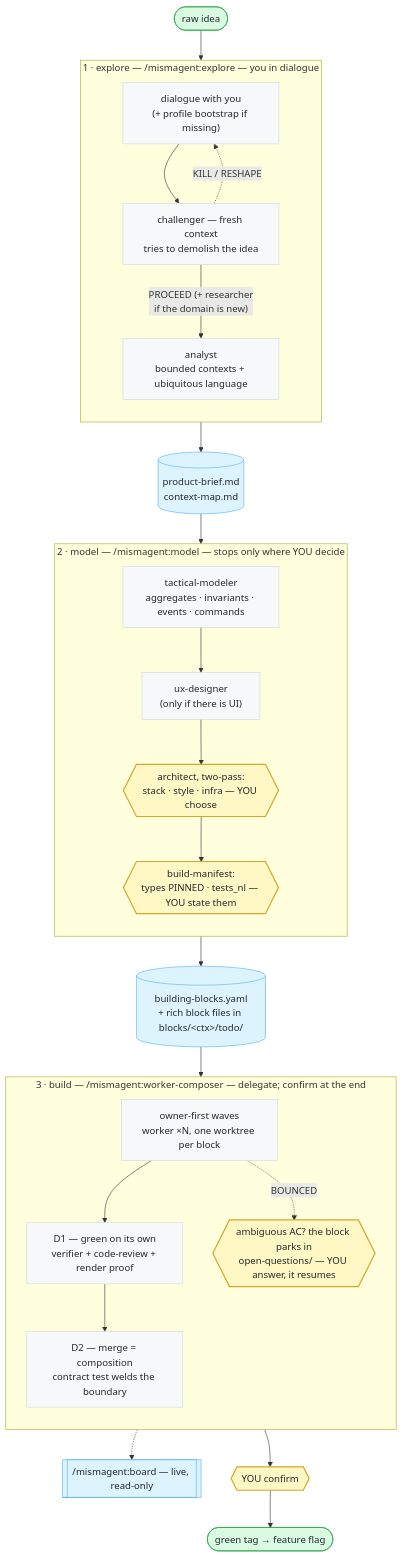
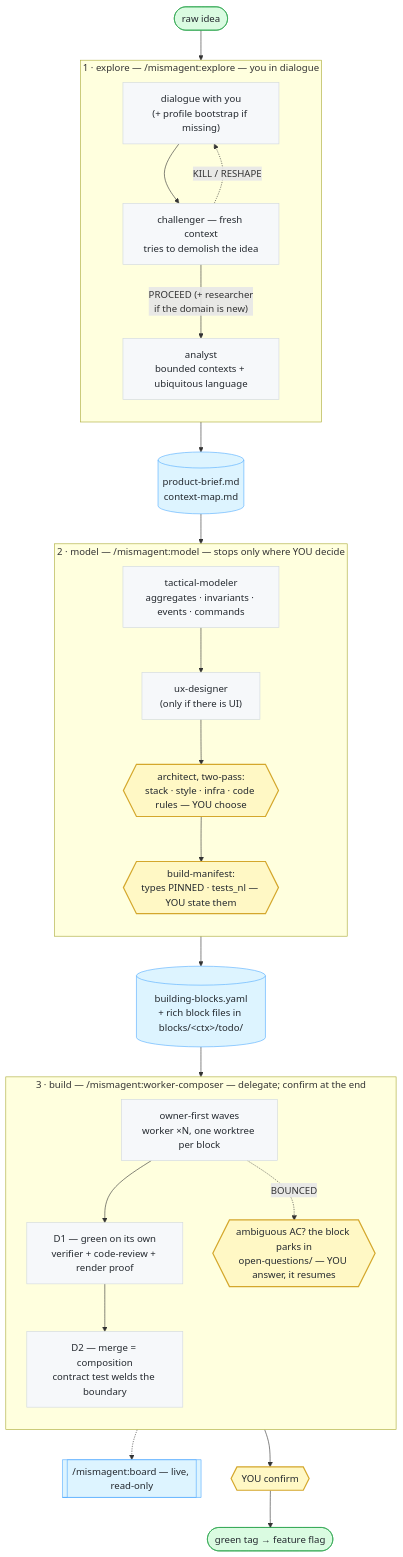
Before and after one commit to lucolucus/mismagent: the diagram in README.md, drawn with Mermaid. The commit also changed other lines of this file and 22 other files, not shown here.

````diff
--- a/README.md
+++ b/README.md
@@ -20,52 +20,52 @@
 ```mermaid
 flowchart TD
     idea([raw idea]) --> EX
 
     subgraph EX["1 · explore — /mismagent:explore — you in dialogue"]
         direction TB
         dlg["dialogue with you<br/>(+ profile bootstrap if missing)"]
         chal["challenger — fresh context<br/>tries to demolish the idea"]
         ana["analyst<br/>bounded contexts + ubiquitous language"]
         dlg --> chal
         chal -. "KILL / RESHAPE" .-> dlg
         chal -- "PROCEED (+ researcher<br/>if the domain is new)" --> ana
     end
 
     ana --> exOut[("product-brief.md<br/>context-map.md")]
     exOut --> MO
 
     subgraph MO["2 · model — /mismagent:model — stops only where YOU decide"]
         direction TB
         tact["tactical-modeler<br/>aggregates · invariants · events · commands"]
         ux["ux-designer<br/>(only if there is UI)"]
-        arch{{"architect, two-pass:<br/>stack · style · infra — YOU choose"}}
+        arch{{"architect, two-pass:<br/>stack · style · infra · code rules — YOU choose"}}
         bman{{"build-manifest:<br/>types PINNED · tests_nl — YOU state them"}}
         tact --> ux --> arch --> bman
     end
 
     bman --> moOut[("building-blocks.yaml<br/>+ rich block files in blocks/&lt;ctx&gt;/todo/")]
     moOut --> BU
 
     subgraph BU["3 · build — /mismagent:worker-composer — delegate; confirm at the end"]
         direction TB
         waves["owner-first waves<br/>worker ×N, one worktree per block"]
         d1["D1 — green on its own<br/>verifier + code-review + render proof"]
         d2["D2 — merge = composition<br/>contract test welds the boundary"]
         park{{"ambiguous AC? the block parks in<br/>open-questions/ — YOU answer, it resumes"}}
         waves --> d1 --> d2
         waves -. "BOUNCED" .-> park
     end
 
     BU -.-> board[["/mismagent:board — live, read-only"]]
     d2 --> conf{{"YOU confirm"}}
     conf --> done([green tag → feature flag])
 
     classDef human fill:#fff8c5,stroke:#d4a72c,stroke-width:2px,color:#24292f
     classDef file fill:#ddf4ff,stroke:#54aeff,color:#24292f
     classDef step fill:#f6f8fa,stroke:#d0d7de,color:#24292f
     classDef term fill:#dafbe1,stroke:#2da44e,color:#24292f
     class arch,bman,park,conf human
     class exOut,moOut,board file
     class dlg,chal,ana,tact,ux,waves,d1,d2 step
     class idea,done term
 ```
````
